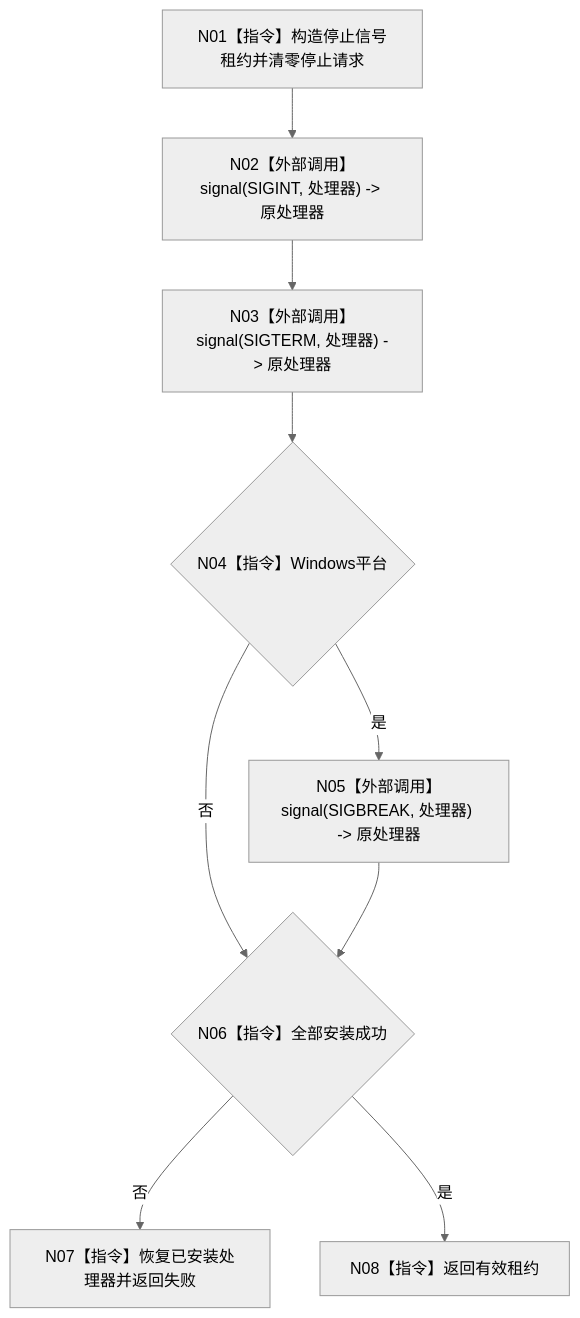
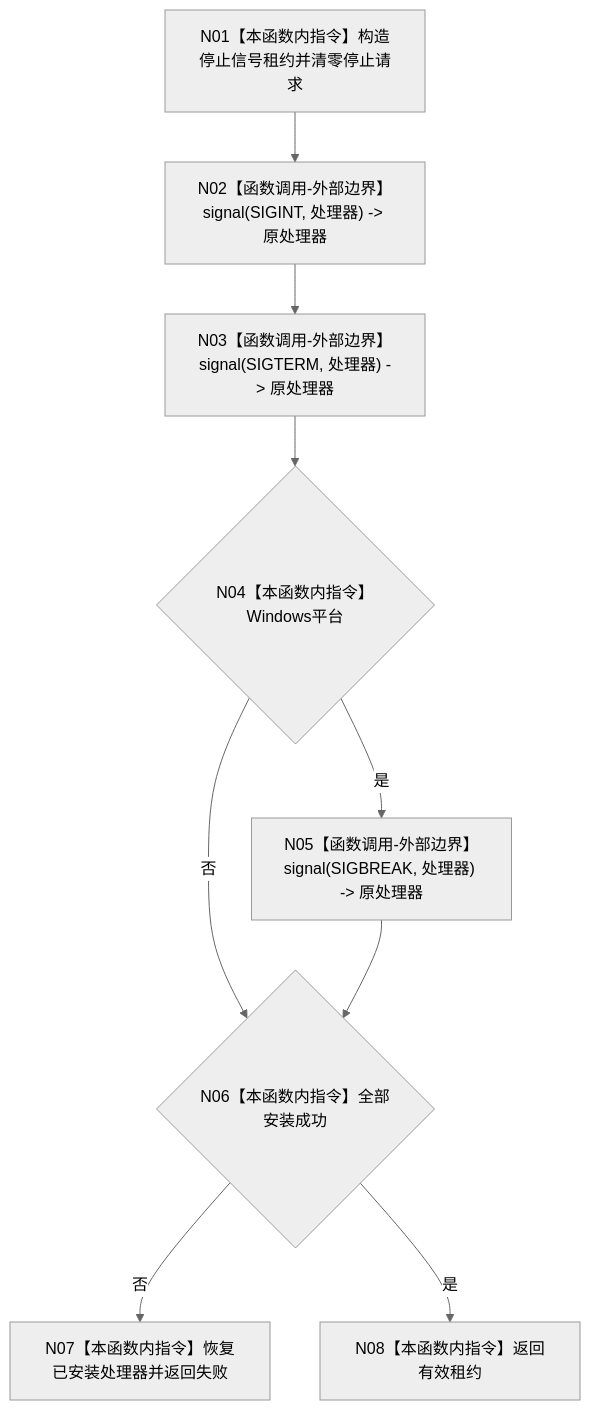
Before and after one commit to chunhaizh-cyber/HY-Ego: the diagram in 流程图/20260726_ENTRY-ONLY_F12_安装程序停止信号_施工流程图_v0.1.md, drawn with Mermaid (neutral theme). The commit also changed other lines of this file and 88 other files, not shown here.

````diff
--- a/流程图/20260726_ENTRY-ONLY_F12_安装程序停止信号_施工流程图_v0.1.md
+++ b/流程图/20260726_ENTRY-ONLY_F12_安装程序停止信号_施工流程图_v0.1.md
@@ -8,11 +28,11 @@
 ```mermaid
 flowchart TD
-    N01["N01【指令】构造停止信号租约并清零停止请求"] --> N02["N02【外部调用】signal(SIGINT, 处理器) -> 原处理器"]
-    N02 --> N03["N03【外部调用】signal(SIGTERM, 处理器) -> 原处理器"]
-    N03 --> N04{"N04【指令】Windows平台"}
-    N04 -- "是" --> N05["N05【外部调用】signal(SIGBREAK, 处理器) -> 原处理器"]
-    N04 -- "否" --> N06{"N06【指令】全部安装成功"}
+    N01["N01【本函数内指令】构造停止信号租约并清零停止请求"] --> N02["N02【函数调用-外部边界】signal(SIGINT, 处理器) -> 原处理器"]
+    N02 --> N03["N03【函数调用-外部边界】signal(SIGTERM, 处理器) -> 原处理器"]
+    N03 --> N04{"N04【本函数内指令】Windows平台"}
+    N04 -- "是" --> N05["N05【函数调用-外部边界】signal(SIGBREAK, 处理器) -> 原处理器"]
+    N04 -- "否" --> N06{"N06【本函数内指令】全部安装成功"}
     N05 --> N06
-    N06 -- "否" --> N07["N07【指令】恢复已安装处理器并返回失败"]
-    N06 -- "是" --> N08["N08【指令】返回有效租约"]
+    N06 -- "否" --> N07["N07【本函数内指令】恢复已安装处理器并返回失败"]
+    N06 -- "是" --> N08["N08【本函数内指令】返回有效租约"]
 ```
````
